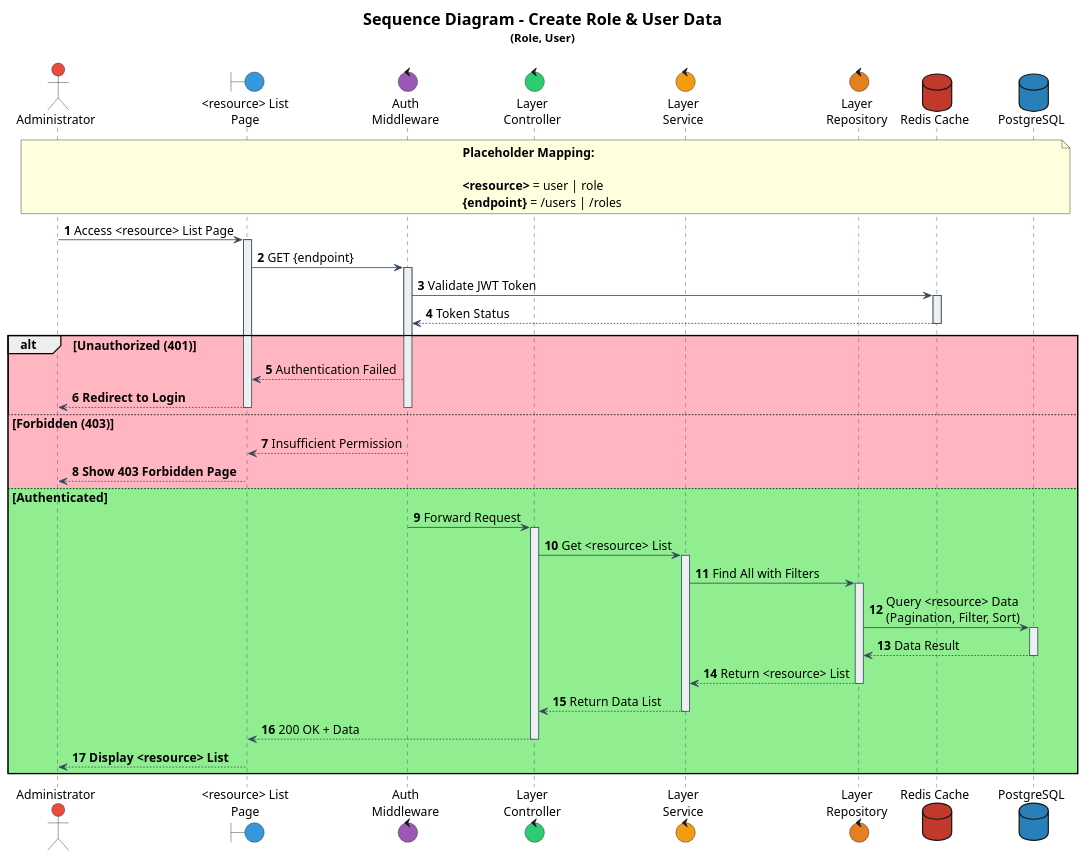
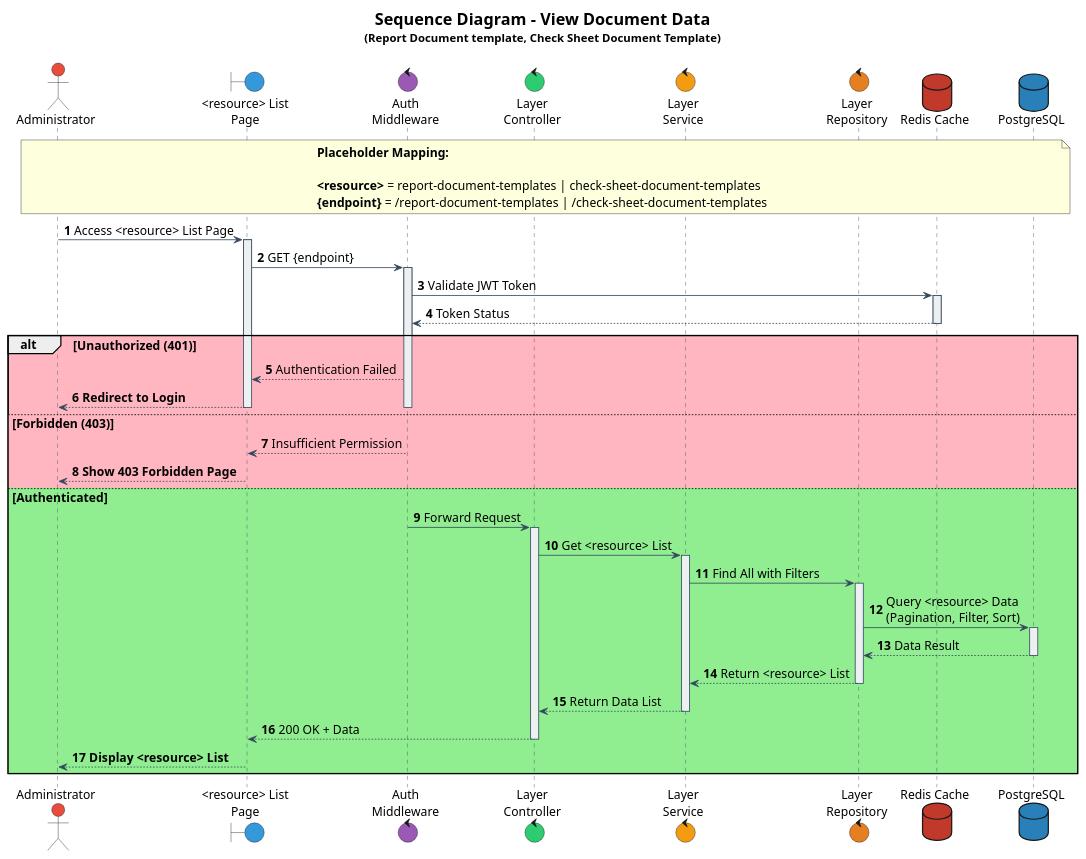
One commit to IntConnect/go-intconnect-api changed the diagram in documentation/sequence/document/template/view.puml. Above: the diagram before and after it, drawn with PlantUML. The commit also changed 26 other files, not shown here.

Commit message:
feat(various): Update - Delete SMTP Server feature - Add approval sequence - Add parameter in check sheet check point response - Change from checkpoint into check point entity

```diff
--- a/documentation/sequence/document/template/view.puml
+++ b/documentation/sequence/document/template/view.puml
@@ -1,110 +1,111 @@
 @startuml
 
 ' Font configuration
 skinparam defaultFontName Times New Roman
 skinparam defaultFontSize 15
 
 ' Participant styling
 skinparam participant {
     BackgroundColor #ECF0F1
     BorderColor #34495E
     FontColor Black
     FontName Times New Roman
     FontSize 15
 }
 
 skinparam sequence {
     ArrowColor #34495E
     LifeLineBorderColor #34495E
     LifeLineBackgroundColor #ECF0F1
     ArrowFontName Times New Roman
     ArrowFontSize 15
 }
 
 skinparam actorFontSize 15
 skinparam noteFontSize 15
 skinparam noteFontName "Times New Roman"
 
 ' Actors and components
 actor "Administrator" as admin #E74C3C
 boundary "<resource> List\nPage" as boundList #3498DB
 control "Auth\nMiddleware" as authMiddleware #9B59B6
 control "Layer\nController" as controller #2ECC71
 control "Layer\nService" as service #F39C12
 control "Layer\nRepository" as repository #E67E22
 database "Redis Cache" as dbRedis #C0392B
 database "PostgreSQL" as dbPsql #2980B9
 
 title
-<size:20><b>Sequence Diagram - Create Role & User Data</b></size>
-<size:14>(Role, User)</size>
+<size:20><b>Sequence Diagram - View Document Data</b></size>
+<size:14>(Report Document template, Check Sheet Document Template)</size>
 ----
 end title
 
 autonumber
 
 note over admin, dbPsql
     **Placeholder Mapping:**
 
-    <b><resource></b> = user | role
-    <b>{endpoint}</b> = /users | /roles
+    <b><resource></b> = report-document-templates | check-sheet-document-templates
+    <b>{endpoint}</b> = /report-document-templates | /check-sheet-document-templates
 end note
+
 
 ' === MAIN FLOW ===
 admin -> boundList: Access <resource> List Page
 activate boundList
 
 boundList -> authMiddleware: GET {endpoint}
 activate authMiddleware
 
 ' === AUTHENTICATION ===
 authMiddleware -> dbRedis: Validate JWT Token
 activate dbRedis
 dbRedis --> authMiddleware: Token Status
 deactivate dbRedis
 
 alt #LightPink Unauthorized (401)
     authMiddleware --> boundList: Authentication Failed
     boundList --> admin: **Redirect to Login**
     deactivate authMiddleware
     deactivate boundList
     
 else #LightPink Forbidden (403)
     authMiddleware --> boundList: Insufficient Permission
     boundList --> admin: **Show 403 Forbidden Page**
     deactivate authMiddleware
     deactivate boundList
     
 else #LightGreen Authenticated
 
     authMiddleware -> controller: Forward Request
     deactivate authMiddleware
     activate controller
 
     controller -> service: Get <resource> List
     activate service
 
     ' === FETCH DATA FROM DATABASE ===
     service -> repository: Find All with Filters
     activate repository
     
     repository -> dbPsql: Query <resource> Data\n(Pagination, Filter, Sort)
     activate dbPsql
     dbPsql --> repository: Data Result
     deactivate dbPsql
     
     repository --> service: Return <resource> List
     deactivate repository
 
     service --> controller: Return Data List
     deactivate service
 
     controller --> boundList: 200 OK + Data
     deactivate controller
 
     boundList --> admin: **Display <resource> List**
     deactivate boundList
 
 end
 
 @enduml
```
